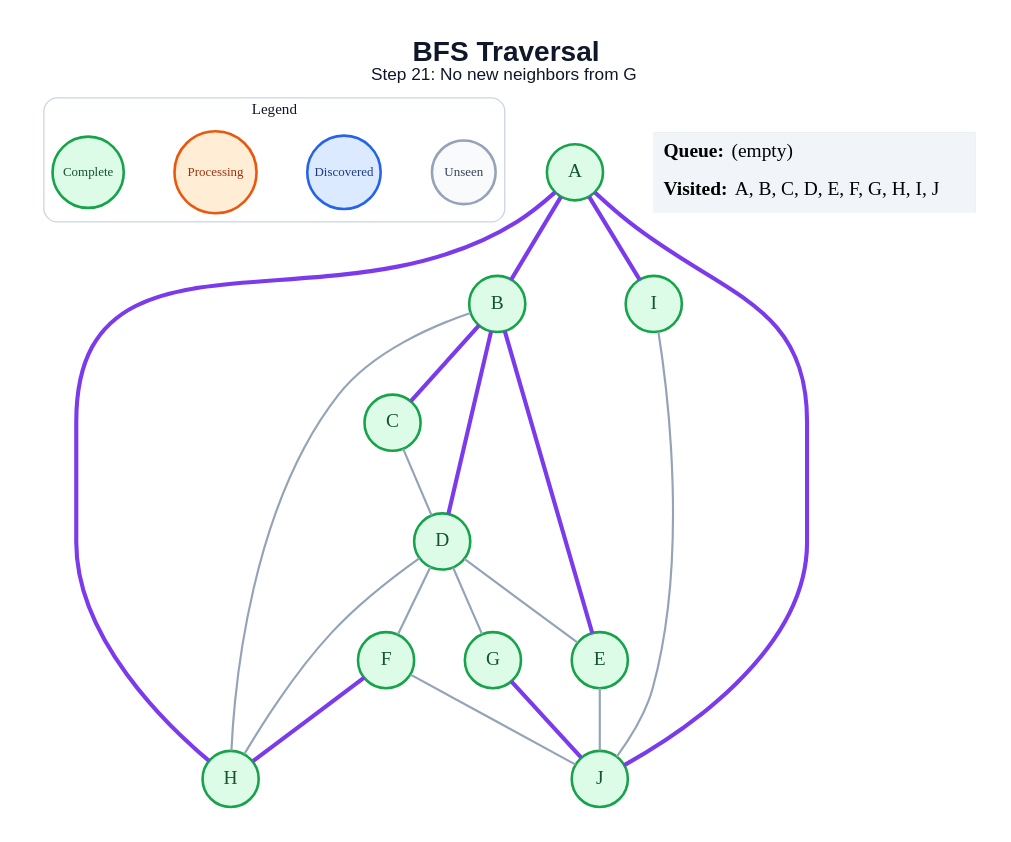
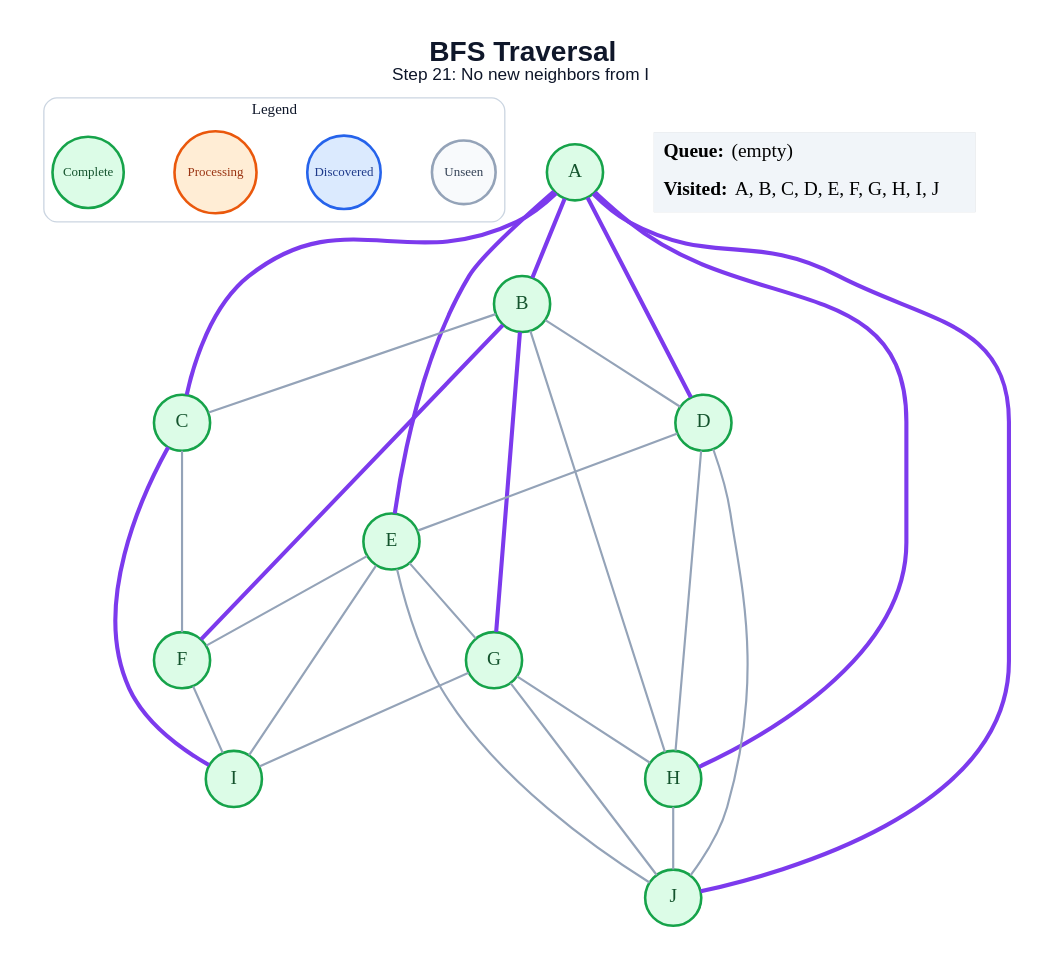
The diagram in generated/bfs/step_21.dot (anon7238593-create/ai-slop), drawn with Graphviz before and after one commit. The commit also changed 178 other files, not shown here.

```diff
--- a/generated/bfs/step_21.dot
+++ b/generated/bfs/step_21.dot
@@ -1,47 +1,54 @@
 graph traversal {
   graph [layout=dot, rankdir=TB, bgcolor="#FFFFFF", pad="0.35", nodesep="0.65", ranksep="0.8", fontname="Arial"];
   node [shape=circle, style="filled", fontname="Arial Bold", fontsize=18, width=0.72, fixedsize=true, penwidth=2.4];
   edge [color="#94A3B8", penwidth=2.0];
-  label=<<B>BFS Traversal</B><BR/><FONT POINT-SIZE="16">Step 21: No new neighbors from G</FONT>>; labelloc="t"; fontsize=26; fontname="Arial"; fontcolor="#0F172A";
+  label=<<B>BFS Traversal</B><BR/><FONT POINT-SIZE="16">Step 21: No new neighbors from I</FONT>>; labelloc="t"; fontsize=26; fontname="Arial"; fontcolor="#0F172A";
   subgraph cluster_legend { label="Legend"; color="#CBD5E1"; penwidth=1.2; style="rounded"; fontsize=14; fontname="Arial Bold";
     key_unseen [label="Unseen", fillcolor="#F8FAFC", color="#94A3B8", fontcolor="#334155", fontsize=12, width=0.82];
     key_frontier [label="Discovered", fillcolor="#DBEAFE", color="#2563EB", fontcolor="#1E3A8A", fontsize=12, width=0.95];
     key_current [label="Processing", fillcolor="#FFEDD5", color="#EA580C", fontcolor="#9A3412", fontsize=12, width=1.05];
     key_done [label="Complete", fillcolor="#DCFCE7", color="#16A34A", fontcolor="#14532D", fontsize=12, width=0.92];
     { rank=same; key_unseen; key_frontier; key_current; key_done; }
   }
   A [fillcolor="#DCFCE7", color="#16A34A", fontcolor="#14532D"];
   B [fillcolor="#DCFCE7", color="#16A34A", fontcolor="#14532D"];
   C [fillcolor="#DCFCE7", color="#16A34A", fontcolor="#14532D"];
   D [fillcolor="#DCFCE7", color="#16A34A", fontcolor="#14532D"];
   E [fillcolor="#DCFCE7", color="#16A34A", fontcolor="#14532D"];
   F [fillcolor="#DCFCE7", color="#16A34A", fontcolor="#14532D"];
   G [fillcolor="#DCFCE7", color="#16A34A", fontcolor="#14532D"];
   H [fillcolor="#DCFCE7", color="#16A34A", fontcolor="#14532D"];
   I [fillcolor="#DCFCE7", color="#16A34A", fontcolor="#14532D"];
   J [fillcolor="#DCFCE7", color="#16A34A", fontcolor="#14532D"];
   A -- B [color="#7C3AED", penwidth=3.8];
+  A -- C [color="#7C3AED", penwidth=3.8];
+  A -- D [color="#7C3AED", penwidth=3.8];
+  A -- E [color="#7C3AED", penwidth=3.8];
   A -- H [color="#7C3AED", penwidth=3.8];
-  A -- I [color="#7C3AED", penwidth=3.8];
   A -- J [color="#7C3AED", penwidth=3.8];
-  B -- C [color="#7C3AED", penwidth=3.8];
-  B -- D [color="#7C3AED", penwidth=3.8];
-  B -- E [color="#7C3AED", penwidth=3.8];
+  B -- C;
+  B -- D;
+  B -- F [color="#7C3AED", penwidth=3.8];
+  B -- G [color="#7C3AED", penwidth=3.8];
   B -- H;
-  C -- D;
+  C -- F;
+  C -- I [color="#7C3AED", penwidth=3.8];
   D -- E;
-  D -- F;
-  D -- G;
   D -- H;
+  D -- J;
+  E -- F;
+  E -- G;
+  E -- I;
   E -- J;
-  F -- H [color="#7C3AED", penwidth=3.8];
-  F -- J;
-  G -- J [color="#7C3AED", penwidth=3.8];
-  I -- J;
+  F -- I;
+  G -- H;
+  G -- I;
+  G -- J;
+  H -- J;
   status [shape=plain, fixedsize=false, width=0, height=0, margin=0, label=<
     <TABLE BORDER="0" CELLBORDER="0" CELLPADDING="7" BGCOLOR="#F1F5F9">
       <TR><TD ALIGN="LEFT"><B>Queue:</B> (empty)</TD></TR>
       <TR><TD ALIGN="LEFT"><B>Visited:</B> A, B, C, D, E, F, G, H, I, J</TD></TR>
     </TABLE>
   >];
 }
```
